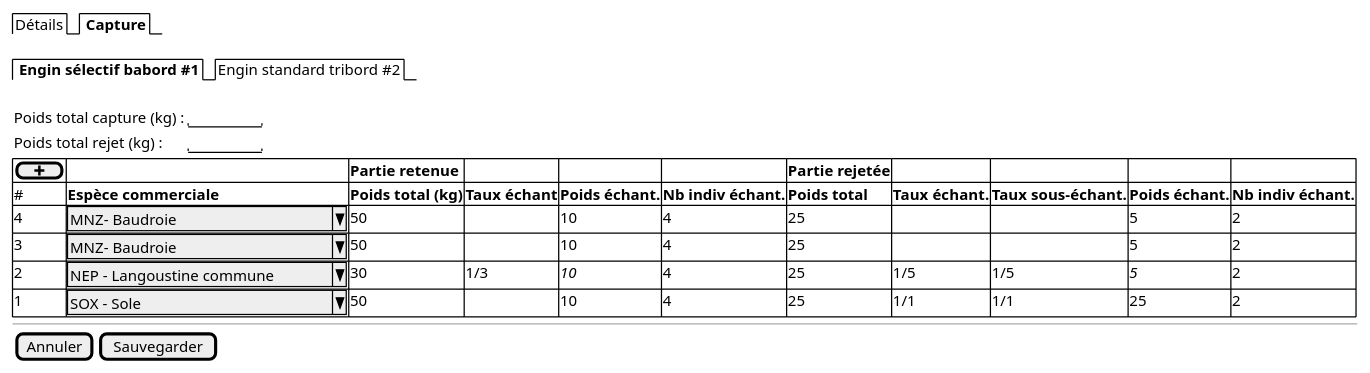
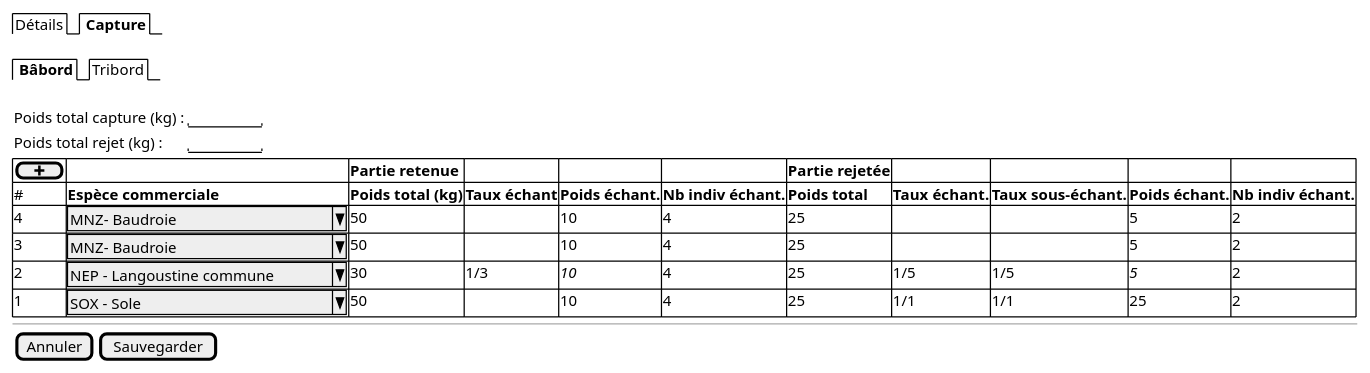
The diagram in projects/apase/spe/batch-tabs.puml (sumaris-net/sumaris-doc), drawn with PlantUML before and after one commit. The commit also changed 7 other files, not shown here.

```diff
--- a/projects/apase/spe/batch-tabs.puml
+++ b/projects/apase/spe/batch-tabs.puml
@@ -1,33 +1,33 @@
 @startsalt
 {
 
   {/  Détails | <b> Capture }
 
   .
 
 
-  {/ <b> Engin sélectif babord #1 | Engin standard tribord #2 }
+  {/ <b> Bâbord | Tribord }
 
   .
 
     {
       Poids total capture (kg) :  | "       "
       Poids total rejet (kg) :  | "       "
     }
 
 	{#
       [ <&plus> ] |  .              | <b>Partie retenue  | . | . | . | <b>Partie rejetée | . | . | .
       # | <b>Espèce commerciale     | <b>Poids total (kg)     |  <b>Taux échant  | <b>Poids échant. | <b>Nb indiv échant. | <b>Poids total     |  <b>Taux échant.  | <b>Taux sous-échant.  | <b>Poids échant. | <b>Nb indiv échant.
       4 | ^MNZ- Baudroie             ^ |   50   |  .   |   10          | 4 | 25   |  .   | . |   5  | 2
       3 | ^MNZ- Baudroie             ^ |   50   |  .   |   10          | 4 | 25   |  .   | . |   5  | 2
       2 | ^NEP - Langoustine commune ^ |   30   |  1/3 |   <i>10       | 4 | 25   |  1/5 | 1/5 | <i>5 | 2
       1 | ^SOX - Sole                ^ |   50   |  .   |   10          | 4 | 25   |  1/1 | 1/1 | 25   | 2
     }
 
   --
 
   {
     [Annuler] | [Sauvegarder]
   }
 }
 @endsalt
```
